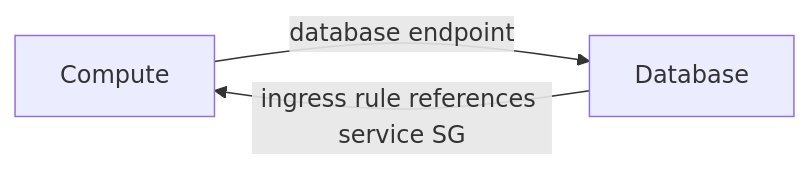
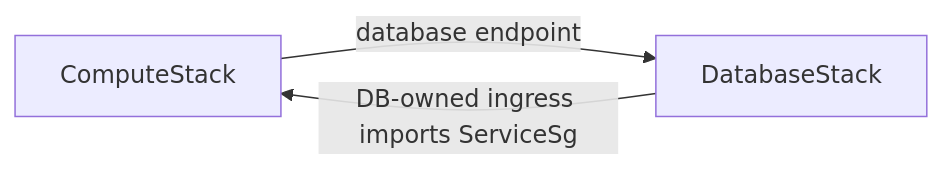
The second of 2 diagrams in README.md (proton0210/aws-cdk-cyclic-dependency-patterns), drawn with Mermaid before and after one commit. The commit also changed other lines of this file and 15 other files, not shown here.

````diff
--- a/README.md
+++ b/README.md
@@ -30,5 +44,5 @@
 ```mermaid
 flowchart LR
-  Compute -->|database endpoint| Database
-  Database -->|ingress rule references service SG| Compute
+  Compute[ComputeStack] -->|database endpoint| Database[DatabaseStack]
+  Database -->|DB-owned ingress imports ServiceSg| Compute
 ```
````
